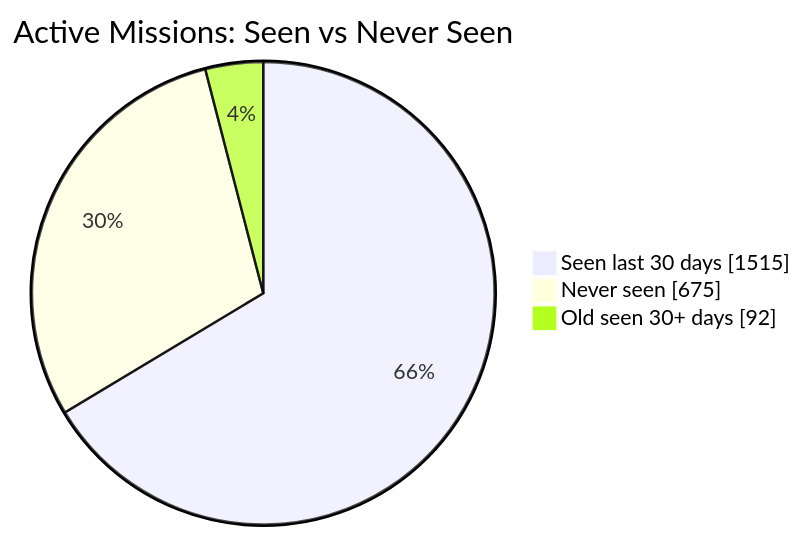
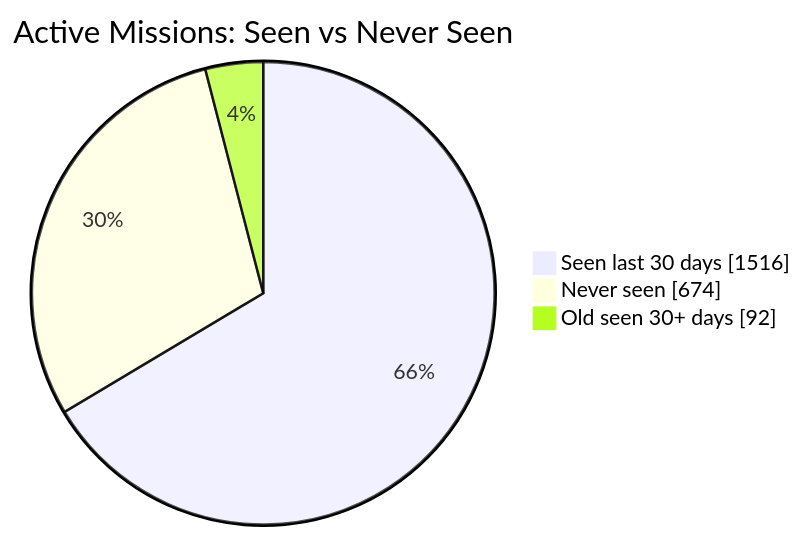
Before and after one commit to MeldkamerspelGameTeam/active-missions: the first of 2 diagrams in README.md, drawn with Mermaid. The commit also changed other lines of this file and 2 other files, not shown here.

````diff
--- a/README.md
+++ b/README.md
@@ -34,7 +34,7 @@
 ```mermaid
 pie showData
     title Active Missions: Seen vs Never Seen
-    "Seen last 30 days" : 1515
-    "Never seen" : 675
+    "Seen last 30 days" : 1516
+    "Never seen" : 674
     "Old seen 30+ days" : 92
 ```
````
